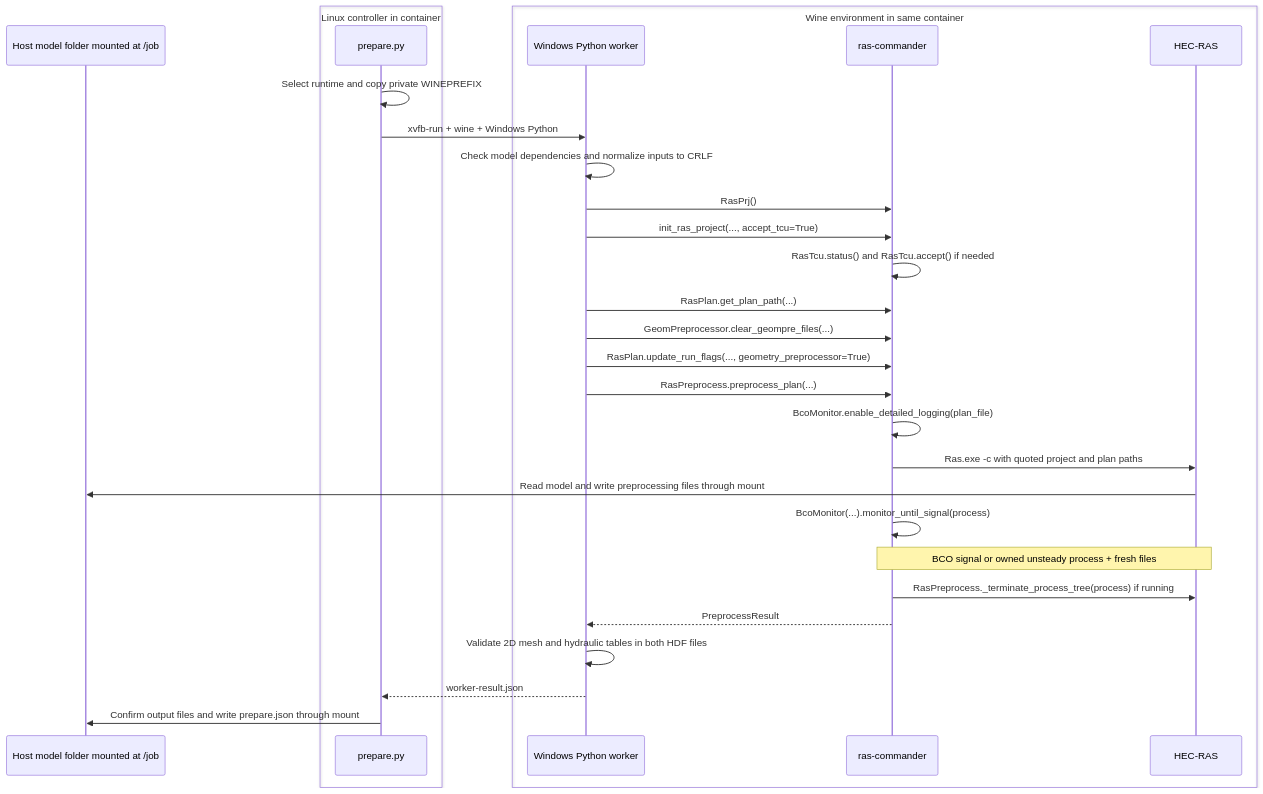
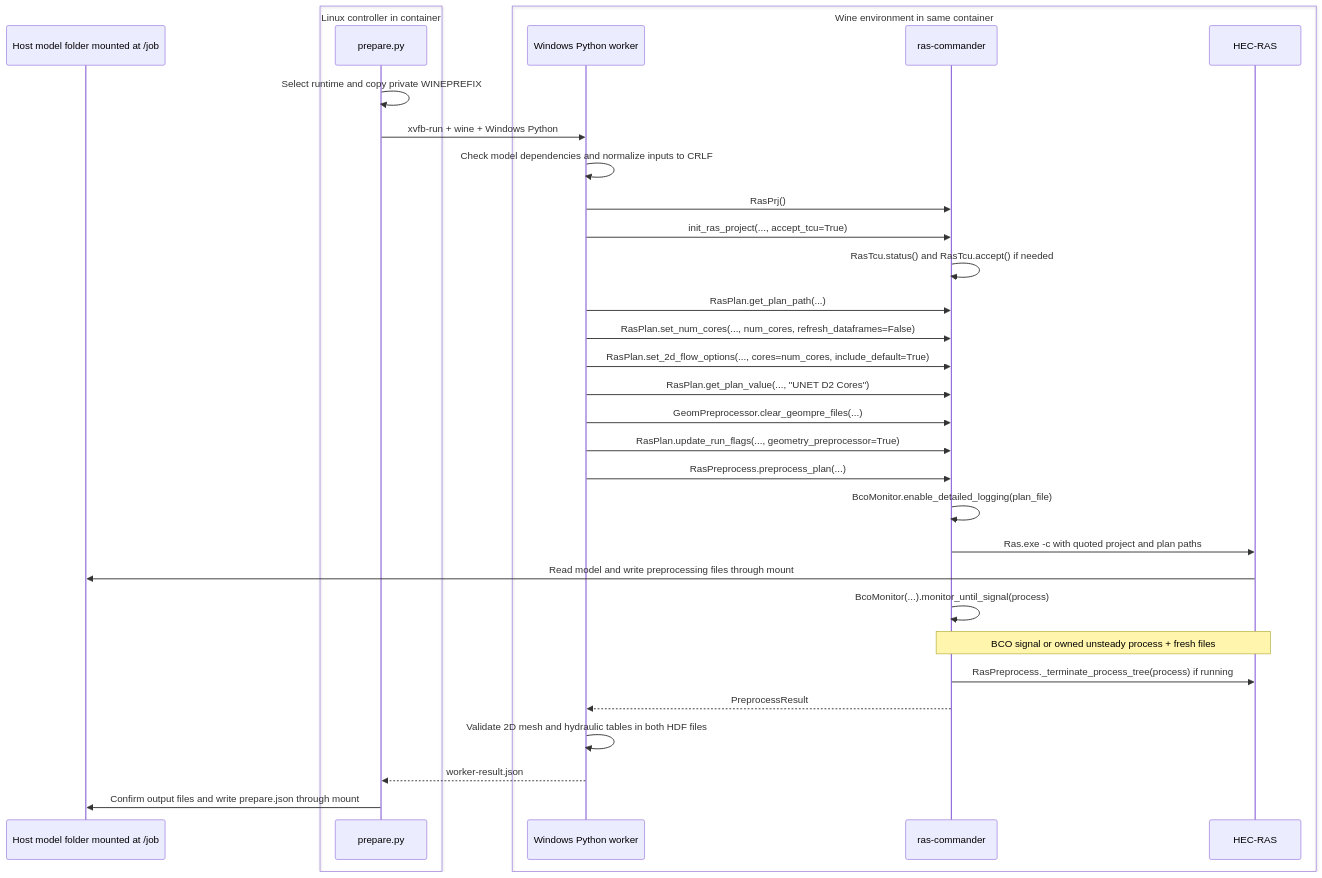
One commit to andycarter-pe/ras2fim-2d changed the diagram in containers/hecras-prepare/dockerhub/6.5.md. Above: the diagram before and after it, drawn with Mermaid. The commit also changed other lines of this file and 11 other files, not shown here.

````diff
--- a/containers/hecras-prepare/dockerhub/6.5.md
+++ b/containers/hecras-prepare/dockerhub/6.5.md
@@ -135,32 +143,35 @@
 ```mermaid
 sequenceDiagram
     participant Host as Host model folder mounted at /job
     box Linux controller in container
         participant L as prepare.py
     end
     box Wine environment in same container
         participant W as Windows Python worker
         participant C as ras-commander
         participant H as HEC-RAS
     end
     L->>L: Select runtime and copy private WINEPREFIX
     L->>W: xvfb-run + wine + Windows Python
     W->>W: Check model dependencies and normalize inputs to CRLF
     W->>C: RasPrj()
     W->>C: init_ras_project(..., accept_tcu=True)
     C->>C: RasTcu.status() and RasTcu.accept() if needed
     W->>C: RasPlan.get_plan_path(...)
+    W->>C: RasPlan.set_num_cores(..., num_cores, refresh_dataframes=False)
+    W->>C: RasPlan.set_2d_flow_options(..., cores=num_cores, include_default=True)
+    W->>C: RasPlan.get_plan_value(..., "UNET D2 Cores")
     W->>C: GeomPreprocessor.clear_geompre_files(...)
     W->>C: RasPlan.update_run_flags(..., geometry_preprocessor=True)
     W->>C: RasPreprocess.preprocess_plan(...)
     C->>C: BcoMonitor.enable_detailed_logging(plan_file)
     C->>H: Ras.exe -c with quoted project and plan paths
     H->>Host: Read model and write preprocessing files through mount
     C->>C: BcoMonitor(...).monitor_until_signal(process)
     Note over C,H: BCO signal or owned unsteady process + fresh files
     C->>H: RasPreprocess._terminate_process_tree(process) if running
     C-->>W: PreprocessResult
     W->>W: Validate 2D mesh and hydraulic tables in both HDF files
     W-->>L: worker-result.json
     L->>Host: Confirm output files and write prepare.json through mount
 ```
````
